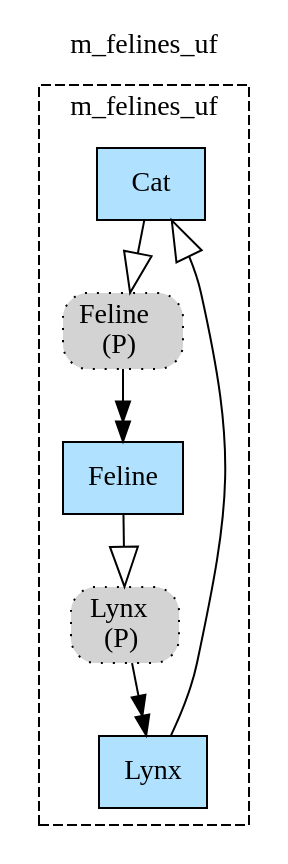
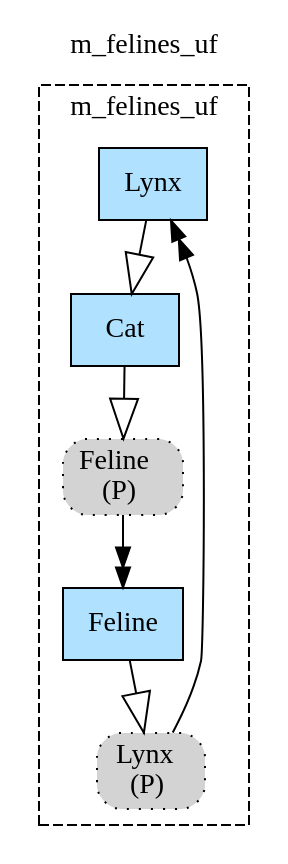
One commit to namalio/Fragmenta changed the diagram in Haskell/FragmentaTests/CatLynxFeline/img/m_felines_uf.gv. Above: the diagram before and after it, drawn with Graphviz. The commit also changed other lines of this file and 129 other files, not shown here.

```diff
--- a/Haskell/FragmentaTests/CatLynxFeline/img/m_felines_uf.gv
+++ b/Haskell/FragmentaTests/CatLynxFeline/img/m_felines_uf.gv
@@ -1,16 +1,16 @@
 digraph {graph[label=m_felines_uf,labelloc=tl,labelfontsize=12];
 subgraph cluster_m_felines_uf{style=dashed;label=m_felines_uf;
+"Lynx"[shape=record,fillcolor=lightskyblue1,style = filled,label="Lynx"];
 "Cat"[shape=record,fillcolor=lightskyblue1,style = filled,label="Cat"];
-"Lynx"[shape=record,fillcolor=lightskyblue1,style = filled,label="Lynx"];
 "PFeline"[shape=box,fillcolor=lightgray,style ="rounded,filled,dotted",label=<Feline<br/>(P)>];
+"Feline"[shape=record,fillcolor=lightskyblue1,style = filled,label="Feline"];
 "PLynx"[shape=box,fillcolor=lightgray,style ="rounded,filled,dotted",label=<Lynx<br/>(P)>];
-"Feline"[shape=record,fillcolor=lightskyblue1,style = filled,label="Feline"];
 
 "Lynx"->"Cat"[arrowhead=onormal,arrowsize=2.0];
 "Cat"->"PFeline"[arrowhead=onormal,arrowsize=2.0];
 "Feline"->"PLynx"[arrowhead=onormal,arrowsize=2.0];
 
 }
 "PFeline"->"Feline"[arrowhead=normalnormal];
 "PLynx"->"Lynx"[arrowhead=normalnormal];
 }
```
